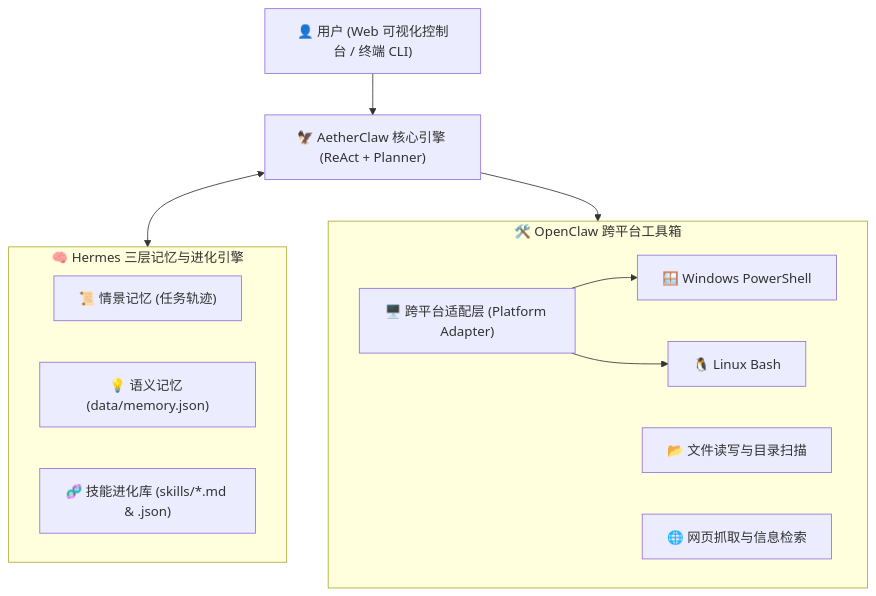
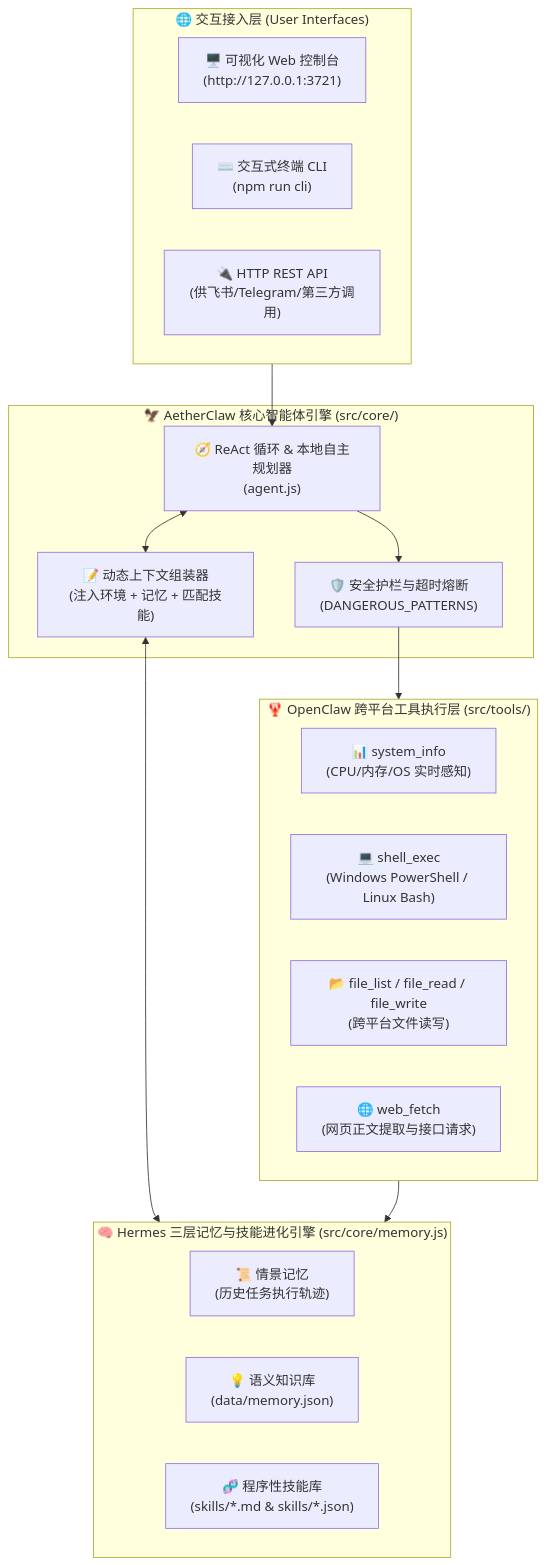
Before and after one commit to FanDuck/AetherClaw: the first of 2 diagrams in README.md, drawn with Mermaid. The commit also changed other lines of this file and 13 other files, not shown here.

Commit message:
docs: upgrade GitHub homepage with visual SVG banners, console preview, architecture sequence diagrams, API reference, and issue templates

````diff
--- a/README.md
+++ b/README.md
@@ -35,23 +91,34 @@
 ```mermaid
 flowchart TD
-    User["👤 用户 (Web 可视化控制台 / 终端 CLI)"] --> Agent["🦅 AetherClaw 核心引擎 (ReAct + Planner)"]
-    
-    subgraph MemoryEngine ["🧠 Hermes 三层记忆与进化引擎"]
-        Episodic["📜 情景记忆 (任务轨迹)"]
-        Semantic["💡 语义记忆 (data/memory.json)"]
-        SkillLib["🧬 技能进化库 (skills/*.md & .json)"]
+    subgraph Interfaces ["🌐 交互接入层 (User Interfaces)"]
+        WebUI["🖥️ 可视化 Web 控制台\n(http://127.0.0.1:3721)"]
+        CLI["⌨️ 交互式终端 CLI\n(npm run cli)"]
+        REST["🔌 HTTP REST API\n(供飞书/Telegram/第三方调用)"]
     end
 
-    subgraph ToolSuite ["🛠️ OpenClaw 跨平台工具箱"]
-        OSAdapter["🖥️ 跨平台适配层 (Platform Adapter)"]
-        WinPS["🪟 Windows PowerShell"]
-        LinuxBash["🐧 Linux Bash"]
-        FS["📂 文件读写与目录扫描"]
-        Web["🌐 网页抓取与信息检索"]
+    subgraph AgentCore ["🦅 AetherClaw 核心智能体引擎 (src/core/)"]
+        Planner["🧭 ReAct 循环 & 本地自主规划器\n(agent.js)"]
+        PromptBuilder["📝 动态上下文组装器\n(注入环境 + 记忆 + 匹配技能)"]
+        Safety["🛡️ 安全护栏与超时熔断\n(DANGEROUS_PATTERNS)"]
     end
 
-    Agent <--> MemoryEngine
-    Agent --> ToolSuite
-    OSAdapter --> WinPS
-    OSAdapter --> LinuxBash
+    subgraph HermesBrain ["🧠 Hermes 三层记忆与技能进化引擎 (src/core/memory.js)"]
+        Episodic["📜 情景记忆\n(历史任务执行轨迹)"]
+        Semantic["💡 语义知识库\n(data/memory.json)"]
+        SkillStore["🧬 程序性技能库\n(skills/*.md & skills/*.json)"]
+    end
+
+    subgraph OpenClawHands ["🦞 OpenClaw 跨平台工具执行层 (src/tools/)"]
+        SysInfo["📊 system_info\n(CPU/内存/OS 实时感知)"]
+        ShellExec["💻 shell_exec\n(Windows PowerShell / Linux Bash)"]
+        FileOps["📂 file_list / file_read / file_write\n(跨平台文件读写)"]
+        WebFetch["🌐 web_fetch\n(网页正文提取与接口请求)"]
+    end
+
+    Interfaces --> Planner
+    Planner <--> PromptBuilder
+    PromptBuilder <--> HermesBrain
+    Planner --> Safety
+    Safety --> OpenClawHands
+    OpenClawHands --> HermesBrain
 ```
````
